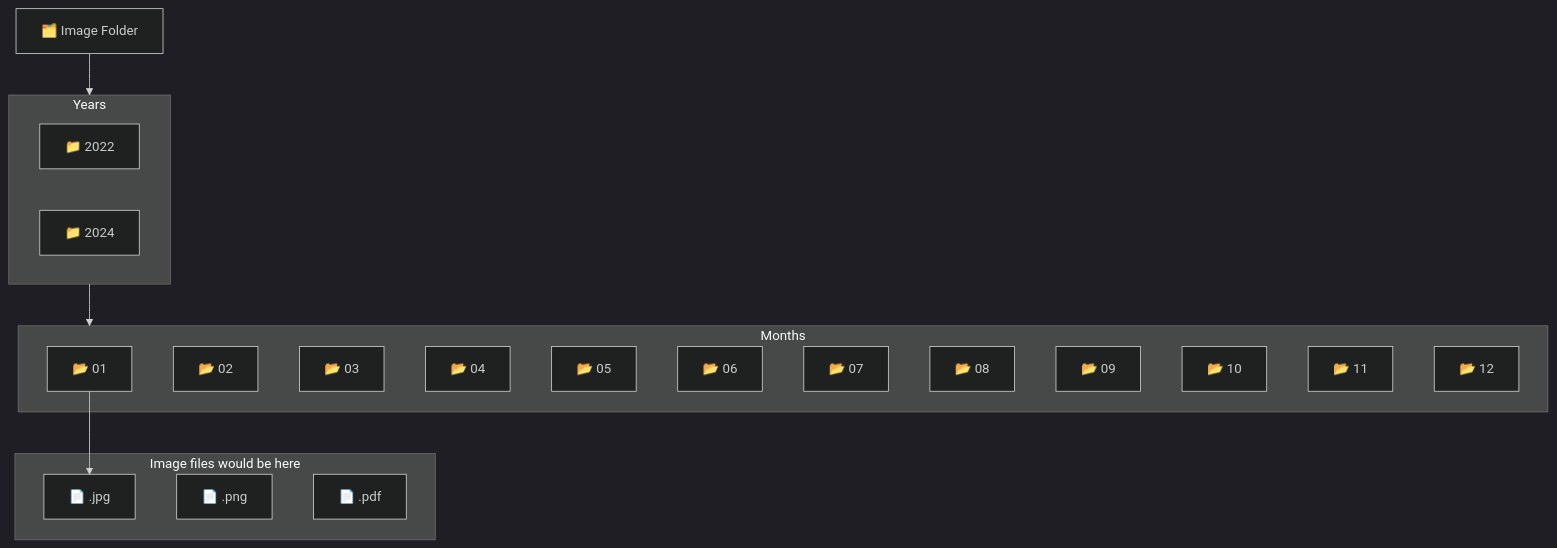
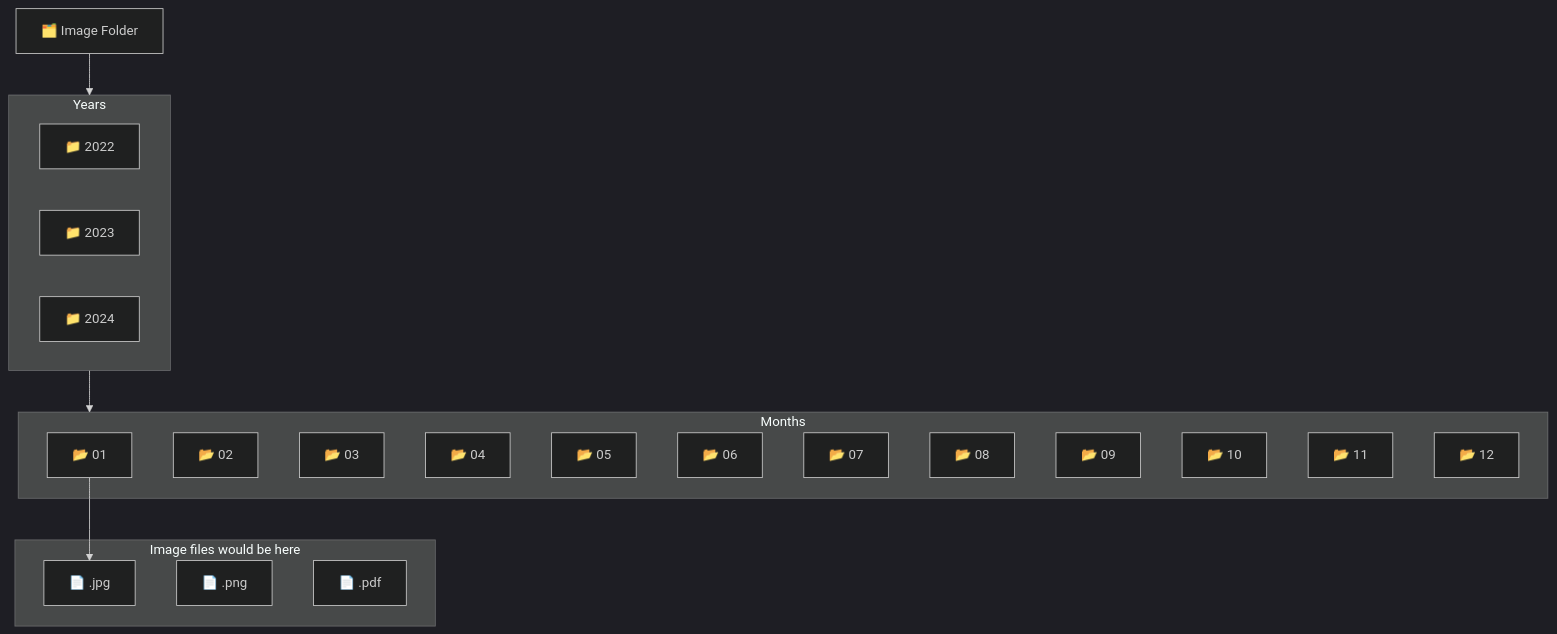
One commit to jhunde/Automatic-File-Organizer changed the diagram in README.md. Above: the diagram before and after it, drawn with Mermaid (dark theme).

Commit message:
README upated

````diff
--- a/README.md
+++ b/README.md
@@ -13,33 +13,33 @@
 ```mermaid
 flowchart TD
 
 	ind[🗂️ Image Folder]-->Years
 	subgraph Years
 	y0[📁 2022]
 	y1[📁 2023]
-	y1[📁 2024]
+	y2[📁 2024]
 	end
 
 	Years-->Months
 	subgraph Months
 	f0[📂 01]
 	f1[📂 02] 
 	f2[📂 03]
 	f3[📂 04]
 	f4[📂 05]
 	f5[📂 06]
 	f6[📂 07]
 	f7[📂 08]
 	f8[📂 09]
 	f9[📂 10]
 	f10[📂 11]
 	f11[📂 12]
 	end
 
 	f0-->p0[📄 .jpg]
 	subgraph Image files would be here
 	p0
 	p1[📄 .png]
 	p2[📄 .pdf]
 	end
 ```
````
